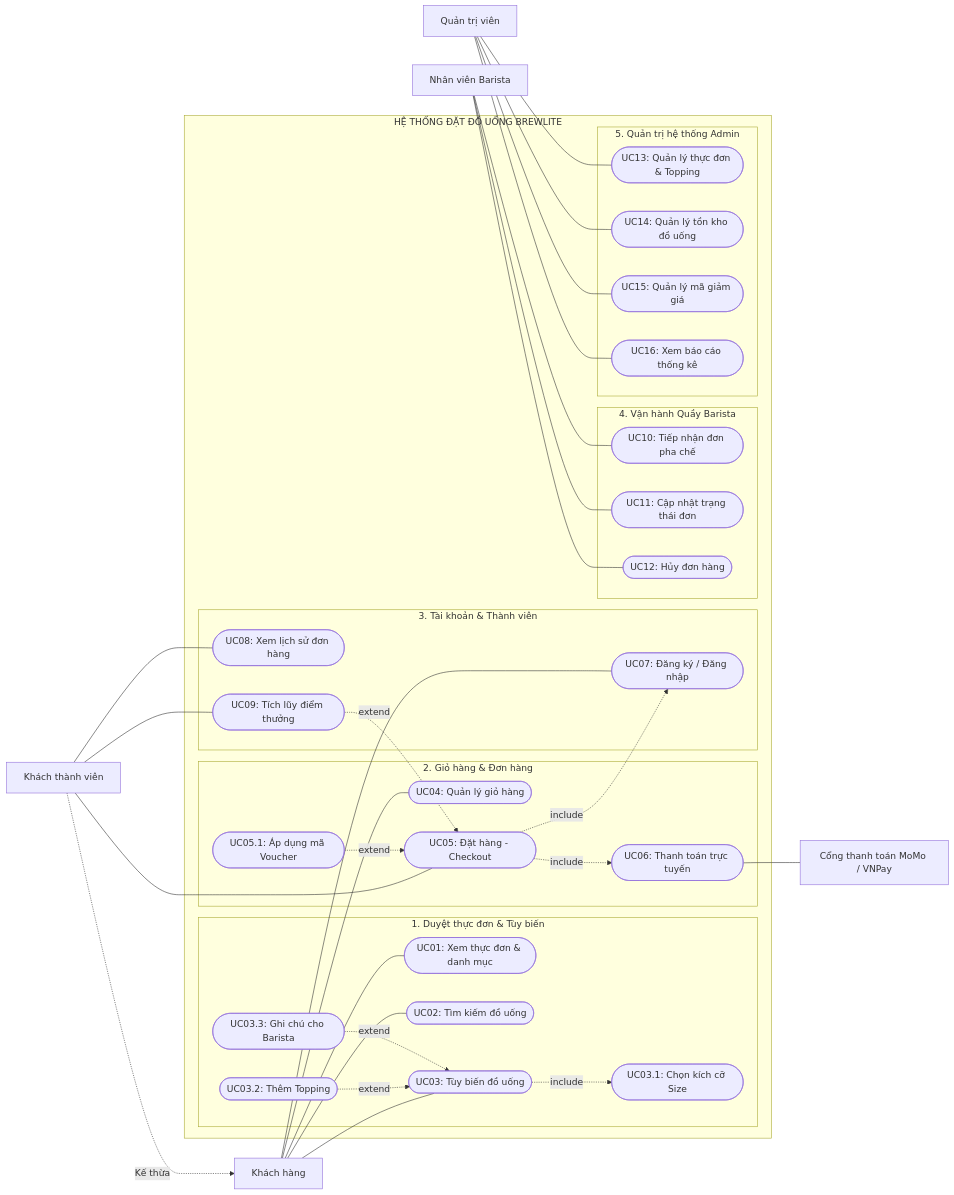
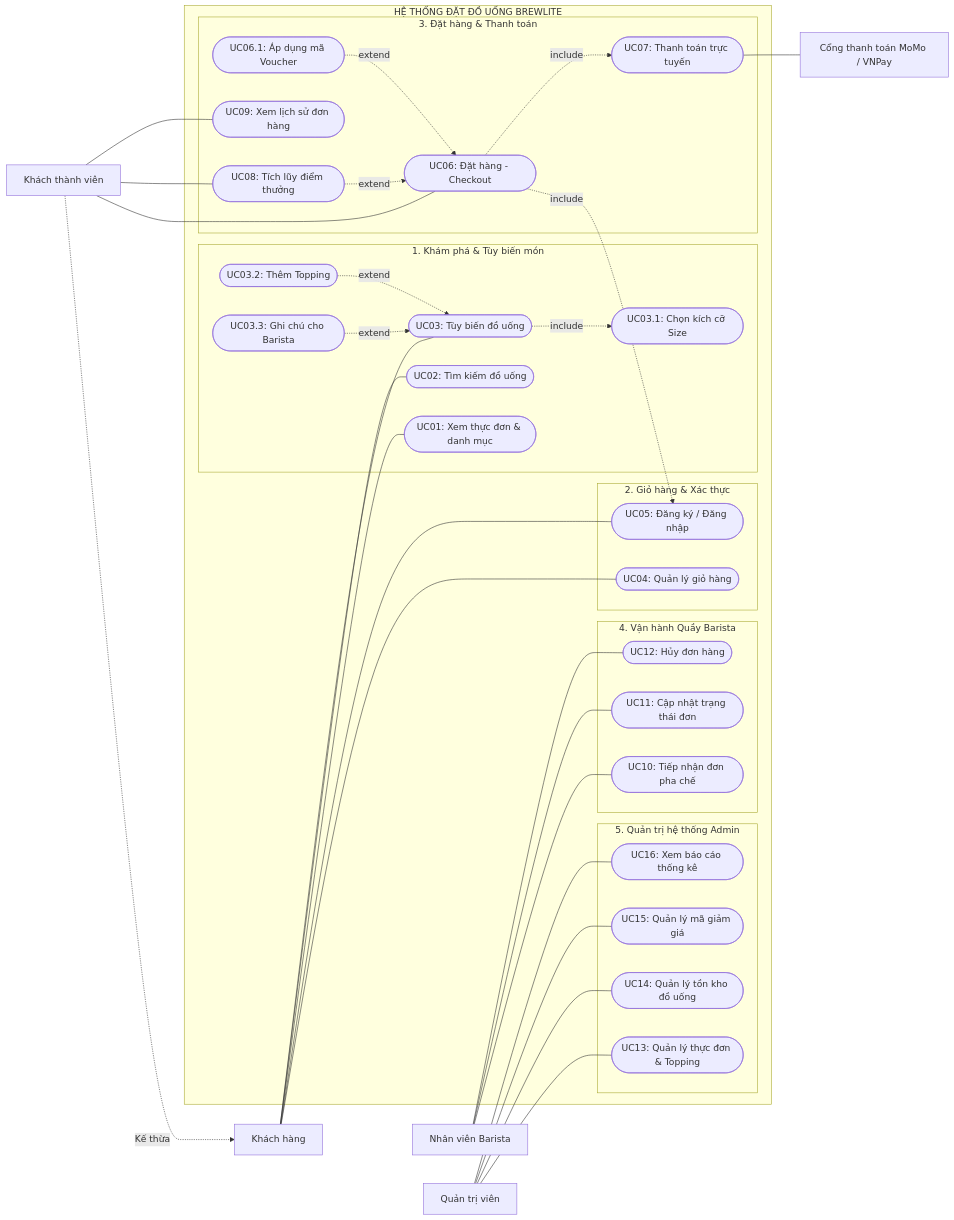
The diagram in docs/diagrams/use-case/use-case-system.mmd (nphat-code/swe-project), drawn with Mermaid before and after one commit. The commit also changed 4 other files, not shown here.

Commit message:
refactor(use-case): optimize use case numbering for zero-crossing diagram layout

```diff
--- a/docs/diagrams/use-case/use-case-system.mmd
+++ b/docs/diagrams/use-case/use-case-system.mmd
@@ -1,74 +1,74 @@
 flowchart LR
     Customer[Khách hàng]
     Member[Khách thành viên]
+    PaymentGW[Cổng thanh toán MoMo / VNPay]
     Barista[Nhân viên Barista]
     Admin[Quản trị viên]
-    PaymentGW[Cổng thanh toán MoMo / VNPay]
 
     Member -.->|Kế thừa| Customer
 
     subgraph SystemBoundary [HỆ THỐNG ĐẶT ĐỒ UỐNG BREWLITE]
-        subgraph P1 [1. Duyệt thực đơn & Tùy biến]
+        subgraph P1 [1. Khám phá & Tùy biến món]
             UC01([UC01: Xem thực đơn & danh mục])
             UC02([UC02: Tìm kiếm đồ uống])
             UC03([UC03: Tùy biến đồ uống])
             UC03_1([UC03.1: Chọn kích cỡ Size])
             UC03_2([UC03.2: Thêm Topping])
             UC03_3([UC03.3: Ghi chú cho Barista])
         end
 
-        subgraph P2 [2. Giỏ hàng & Đơn hàng]
+        subgraph P2 [2. Giỏ hàng & Xác thực]
             UC04([UC04: Quản lý giỏ hàng])
-            UC05([UC05: Đặt hàng - Checkout])
-            UC05_1([UC05.1: Áp dụng mã Voucher])
-            UC06([UC06: Thanh toán trực tuyến])
+            UC05([UC05: Đăng ký / Đăng nhập])
         end
 
-        subgraph P3 [3. Tài khoản & Thành viên]
-            UC07([UC07: Đăng ký / Đăng nhập])
-            UC08([UC08: Xem lịch sử đơn hàng])
-            UC09([UC09: Tích lũy điểm thưởng])
+        subgraph P3 [3. Đặt hàng & Thanh toán]
+            UC06([UC06: Đặt hàng - Checkout])
+            UC06_1([UC06.1: Áp dụng mã Voucher])
+            UC07([UC07: Thanh toán trực tuyến])
+            UC08([UC08: Tích lũy điểm thưởng])
+            UC09([UC09: Xem lịch sử đơn hàng])
         end
 
         subgraph P4 [4. Vận hành Quầy Barista]
             UC10([UC10: Tiếp nhận đơn pha chế])
             UC11([UC11: Cập nhật trạng thái đơn])
             UC12([UC12: Hủy đơn hàng])
         end
 
         subgraph P5 [5. Quản trị hệ thống Admin]
             UC13([UC13: Quản lý thực đơn & Topping])
             UC14([UC14: Quản lý tồn kho đồ uống])
             UC15([UC15: Quản lý mã giảm giá])
             UC16([UC16: Xem báo cáo thống kê])
         end
     end
 
     Customer --- UC01
     Customer --- UC02
     Customer --- UC03
     Customer --- UC04
-    Customer --- UC07
+    Customer --- UC05
 
-    Member --- UC05
+    Member --- UC06
     Member --- UC08
     Member --- UC09
 
     UC03 -.->|include| UC03_1
     UC03_2 -.->|extend| UC03
     UC03_3 -.->|extend| UC03
 
-    UC05 -.->|include| UC07
-    UC05 -.->|include| UC06
-    UC05_1 -.->|extend| UC05
-    UC09 -.->|extend| UC05
-    UC06 --- PaymentGW
+    UC06 -.->|include| UC05
+    UC06 -.->|include| UC07
+    UC06_1 -.->|extend| UC06
+    UC08 -.->|extend| UC06
+    UC07 --- PaymentGW
 
     Barista --- UC10
     Barista --- UC11
     Barista --- UC12
 
     Admin --- UC13
     Admin --- UC14
     Admin --- UC15
     Admin --- UC16
```
